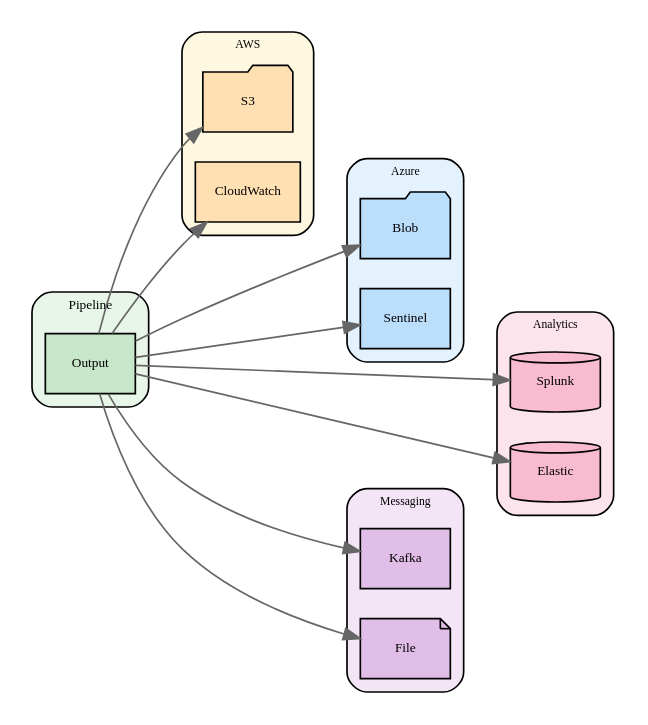
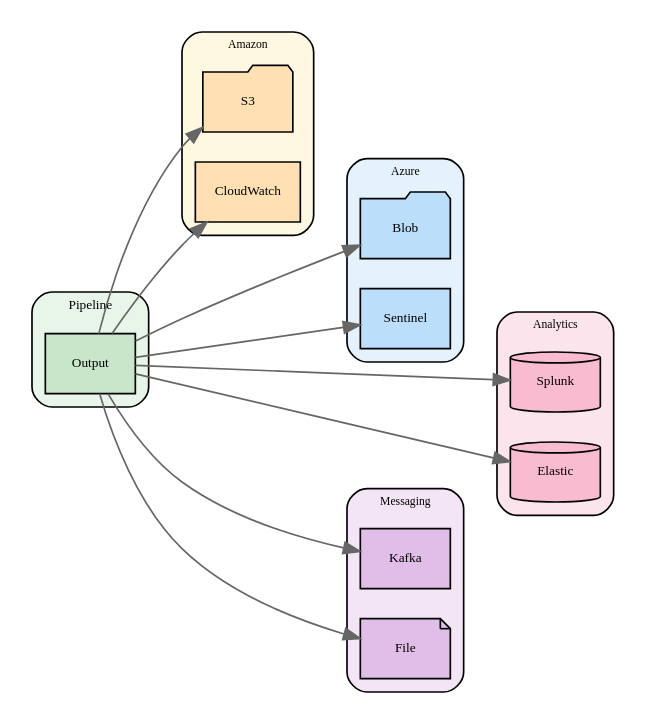
Before and after one commit to VirtualMetric/virtualmetric-docs: the diagram in static/img/graphics/targets-flow.dot, drawn with Graphviz. The commit also changed 29 other files, not shown here.

Commit message:
All instances of AWS were replaced with Amazon

```diff
--- a/static/img/graphics/targets-flow.dot
+++ b/static/img/graphics/targets-flow.dot
@@ -1,69 +1,69 @@
 digraph targetsFlow {
    rankdir=LR
    node [shape=box style=filled fillcolor="#f0f0f0" fontname="Calibri" fontsize=8]
    edge [color="#666666"]
 
    // Left: Pipeline output
    subgraph cluster_pipeline {
       label="Pipeline"
       style="rounded,filled"
       fillcolor="#e8f5e9"
       fontname="Calibri"
       fontsize=8
       output [label="Output" shape=box fillcolor="#c8e6c9"]
    }
 
-   // AWS - closest (0 o'clock)
-   subgraph cluster_aws {
-      label="AWS"
+   // Amazon - closest (0 o'clock)
+   subgraph cluster_amazon {
+      label="Amazon"
       style="rounded,filled"
       fillcolor="#fff8e1"
       fontname="Calibri"
       fontsize=7
       s3 [label="S3" shape=folder fillcolor="#ffe0b2"]
       cloudwatch [label="CloudWatch" shape=box fillcolor="#ffe0b2"]
    }
 
    // Azure - medium distance (2 o'clock)
    subgraph cluster_azure {
       label="Azure"
       style="rounded,filled"
       fillcolor="#e3f2fd"
       fontname="Calibri"
       fontsize=7
       blob [label="Blob" shape=folder fillcolor="#bbdefb"]
       sentinel [label="Sentinel" shape=box fillcolor="#bbdefb"]
    }
 
    // Analytics - further (4 o'clock)
    subgraph cluster_analytics {
       label="Analytics"
       style="rounded,filled"
       fillcolor="#fce4ec"
       fontname="Calibri"
       fontsize=7
       splunk [label="Splunk" shape=cylinder fillcolor="#f8bbd0"]
       elastic [label="Elastic" shape=cylinder fillcolor="#f8bbd0"]
    }
 
    // Messaging - furthest (6 o'clock)
    subgraph cluster_mq {
       label="Messaging"
       style="rounded,filled"
       fillcolor="#f3e5f5"
       fontname="Calibri"
       fontsize=7
       kafka [label="Kafka" shape=box fillcolor="#e1bee7"]
       file [label="File" shape=note fillcolor="#e1bee7"]
    }
 
    // Connections with varying minlen for arc effect
    output -> s3 [minlen=1]
    output -> cloudwatch [minlen=1]
    output -> blob [minlen=2]
    output -> sentinel [minlen=2]
    output -> splunk [minlen=3]
    output -> elastic [minlen=3]
    output -> kafka [minlen=2]
    output -> file [minlen=2]
 }
```
